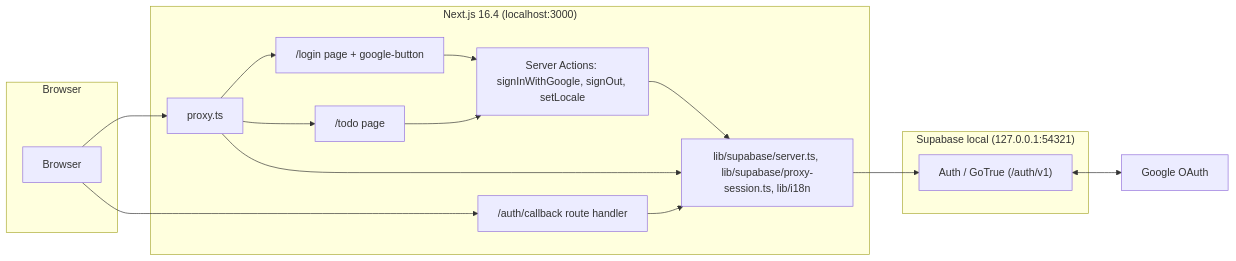
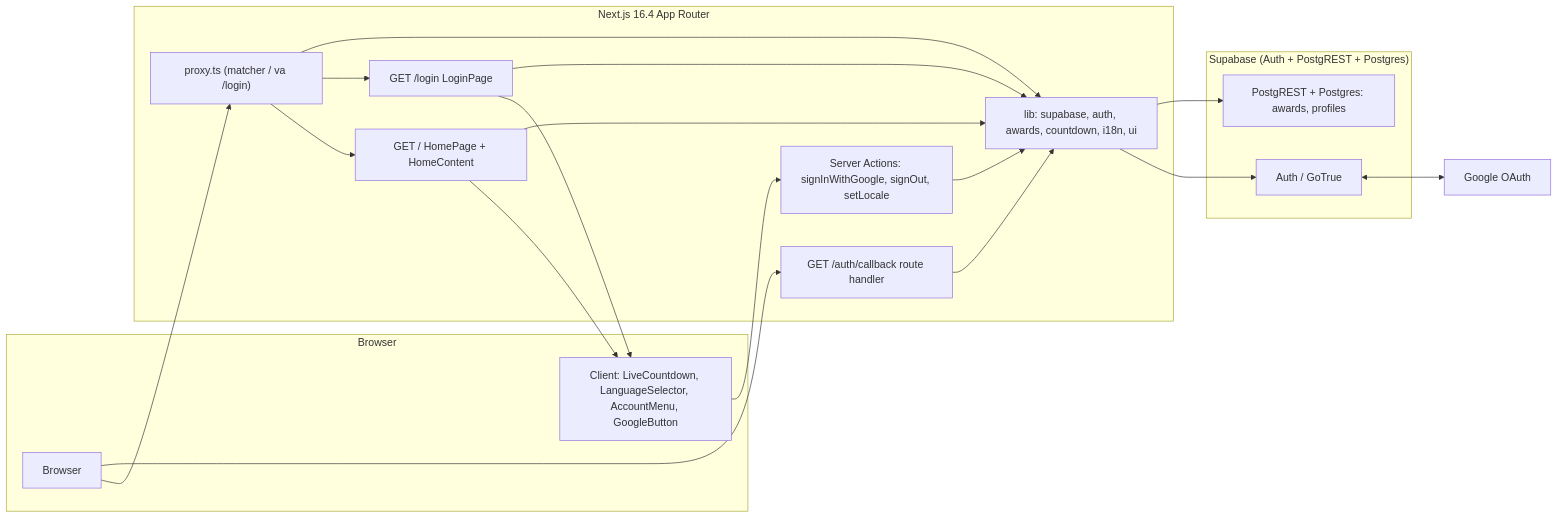
Before and after one commit to lannp-3774/agentic-coding-hands-on: the first of 4 diagrams in docs/system/architecture.md, drawn with Mermaid. The commit also changed other lines of this file and 48 other files, not shown here.

First line of the commit message:
docs(spec): add homepage and account-menu specs and generated system docs

````diff
--- a/docs/system/architecture.md
+++ b/docs/system/architecture.md
@@ -16,30 +18,36 @@
 ```mermaid
 flowchart LR
     subgraph Browser
         B[Browser]
+        CD["Client: LiveCountdown, LanguageSelector, AccountMenu, GoogleButton"]
     end
-    subgraph "Next.js 16.4 (localhost:3000)"
-        P[proxy.ts]
-        L["/login page + google-button"]
+    subgraph "Next.js 16.4 App Router"
+        P["proxy.ts (matcher / va /login)"]
+        H["GET / HomePage + HomeContent"]
+        L["GET /login LoginPage"]
+        CB["GET /auth/callback route handler"]
         A["Server Actions: signInWithGoogle, signOut, setLocale"]
-        CB["/auth/callback route handler"]
-        T["/todo page"]
-        LIB["lib/supabase/server.ts, lib/supabase/proxy-session.ts, lib/i18n"]
+        LIB["lib: supabase, auth, awards, countdown, i18n, ui"]
     end
-    subgraph "Supabase local (127.0.0.1:54321)"
-        G["Auth / GoTrue (/auth/v1)"]
+    subgraph "Supabase (Auth + PostgREST + Postgres)"
+        G["Auth / GoTrue"]
+        R["PostgREST + Postgres: awards, profiles"]
     end
     GO[Google OAuth]
 
     B --> P
+    P --> H
     P --> L
-    P --> T
     B --> CB
-    L --> A
-    T --> A
+    H --> CD
+    L --> CD
+    CD --> A
+    H --> LIB
+    L --> LIB
     A --> LIB
     CB --> LIB
     P --> LIB
     LIB --> G
+    LIB --> R
     G <--> GO
 ```
````
